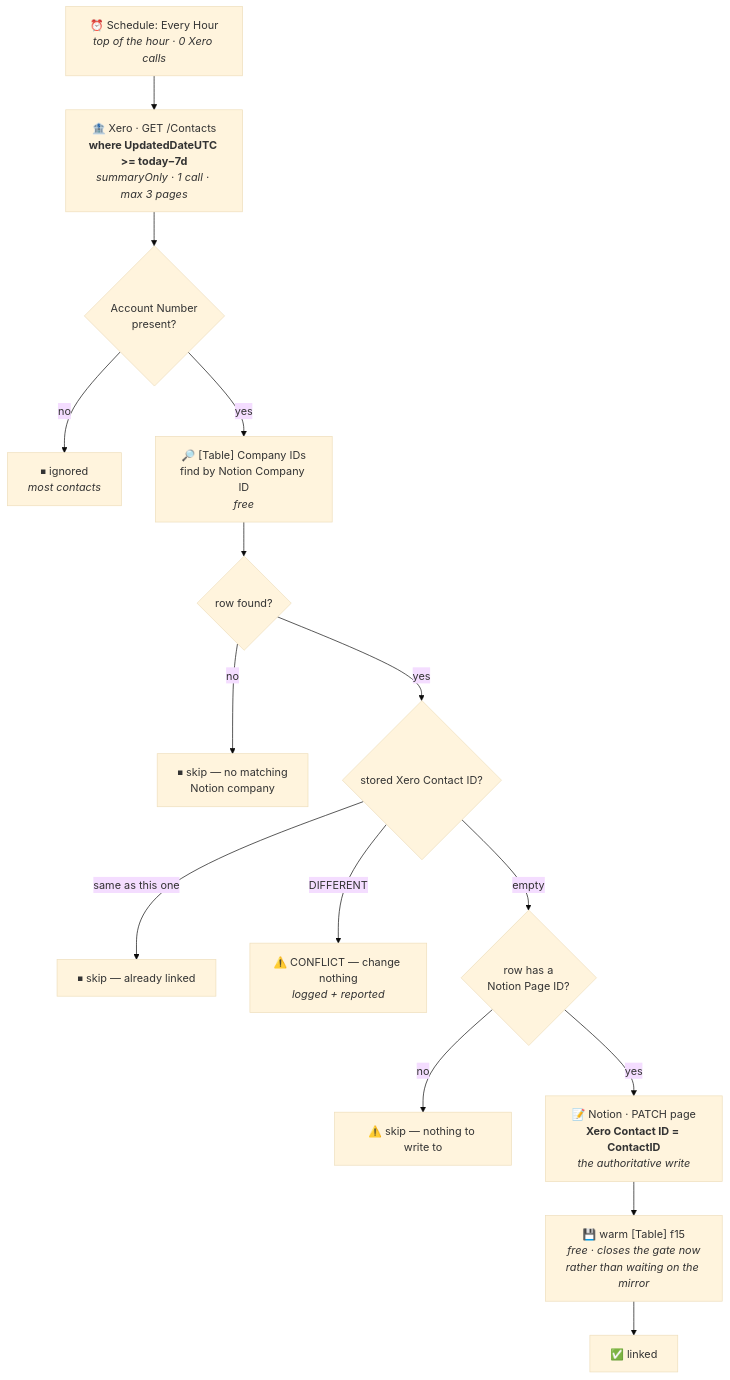
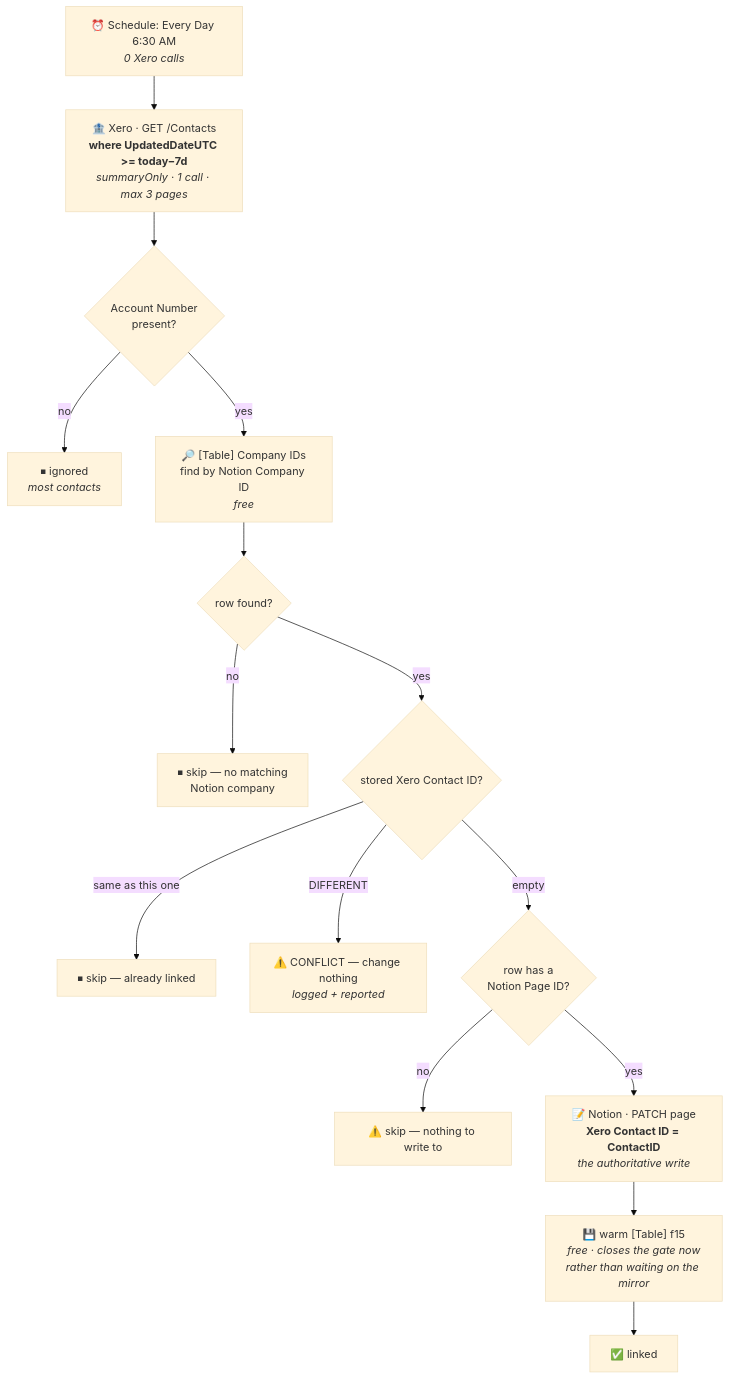
Before and after one commit to work-flowers/zapier-sdk: the diagram in xero-contact-to-notion-company/README.md, drawn with Mermaid (base theme). The commit also changed other lines of this file and 16 other files, not shown here.

````diff
--- a/xero-contact-to-notion-company/README.md
+++ b/xero-contact-to-notion-company/README.md
@@ -31,17 +32,17 @@
 ```mermaid
 flowchart TD
-    T["⏰ Schedule: Every Hour<br/><i>top of the hour · 0 Xero calls</i>"] --> Q["🏦 Xero · GET /Contacts<br/><b>where UpdatedDateUTC >= today−7d</b><br/><i>summaryOnly · 1 call · max 3 pages</i>"]
+    T["⏰ Schedule: Every Day 6:30 AM<br/><i>0 Xero calls</i>"] --> Q["🏦 Xero · GET /Contacts<br/><b>where UpdatedDateUTC >= today−7d</b><br/><i>summaryOnly · 1 call · max 3 pages</i>"]
     Q --> F{"Account Number<br/>present?"}
     F -- no --> IG["⏹ ignored<br/><i>most contacts</i>"]
     F -- yes --> L["🔎 [Table] Company IDs<br/>find by Notion Company ID<br/><i>free</i>"]
     L --> M{"row found?"}
     M -- no --> S1["⏹ skip — no matching<br/>Notion company"]
     M -- yes --> C{"stored Xero Contact ID?"}
     C -- "same as this one" --> S2["⏹ skip — already linked"]
     C -- "DIFFERENT" --> W["⚠️ CONFLICT — change nothing<br/><i>logged + reported</i>"]
     C -- empty --> P{"row has a<br/>Notion Page ID?"}
     P -- no --> S3["⚠️ skip — nothing to write to"]
     P -- yes --> N["📝 Notion · PATCH page<br/><b>Xero Contact ID = ContactID</b><br/><i>the authoritative write</i>"]
     N --> WT["💾 warm [Table] f15<br/><i>free · closes the gate now<br/>rather than waiting on the mirror</i>"]
     WT --> D["✅ linked"]
 ```
````
